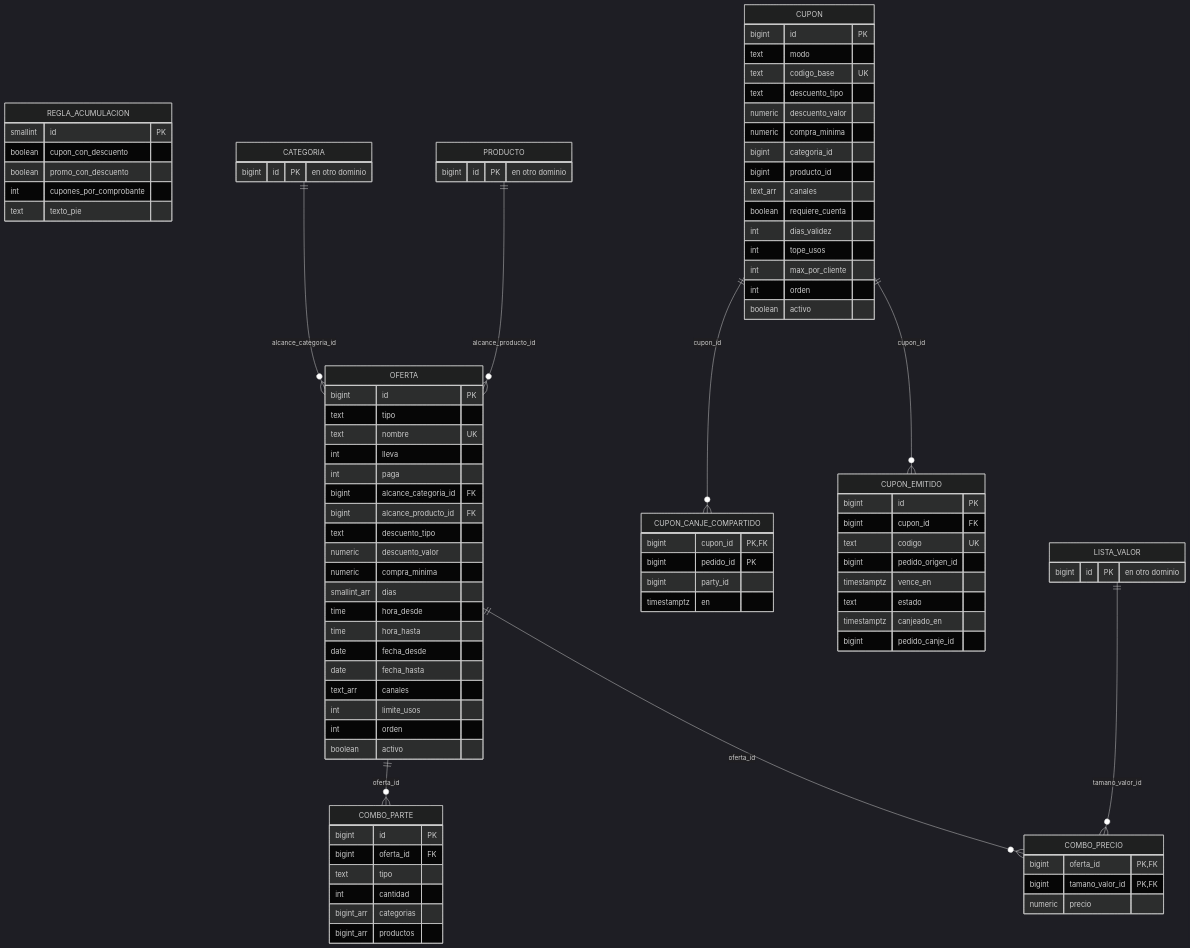
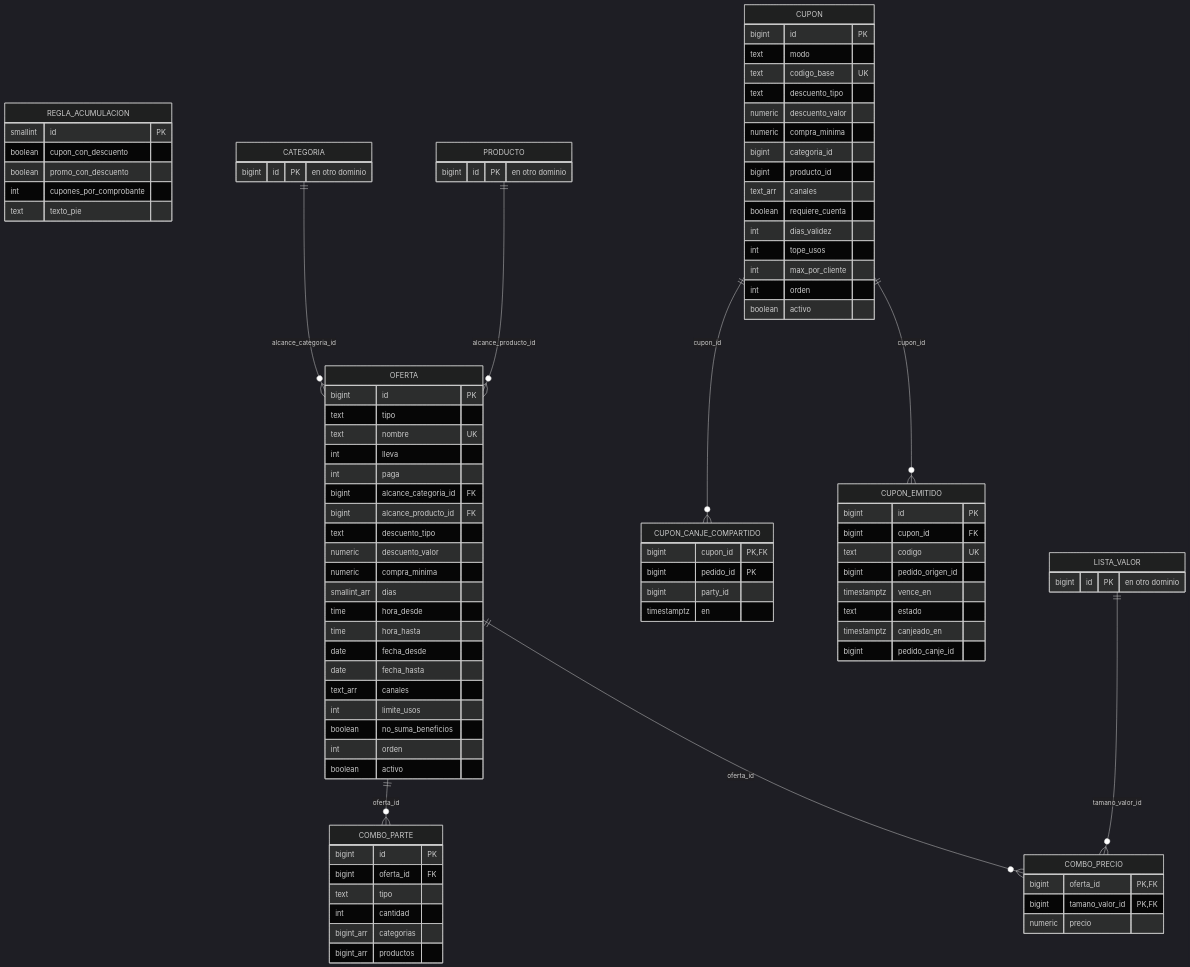
The diagram in docs/datos/er/05-ofertas.mmd (JoseEM26/caprichos), drawn with Mermaid (dark theme) before and after one commit. The commit also changed 208 other files, not shown here.

```diff
--- a/docs/datos/er/05-ofertas.mmd
+++ b/docs/datos/er/05-ofertas.mmd
@@ -1,91 +1,92 @@
 erDiagram
   OFERTA {
     bigint id PK
     text tipo
     text nombre UK
     int lleva
     int paga
     bigint alcance_categoria_id FK
     bigint alcance_producto_id FK
     text descuento_tipo
     numeric descuento_valor
     numeric compra_minima
     smallint_arr dias
     time hora_desde
     time hora_hasta
     date fecha_desde
     date fecha_hasta
     text_arr canales
     int limite_usos
+    boolean no_suma_beneficios
     int orden
     boolean activo
   }
   COMBO_PRECIO {
     bigint oferta_id PK,FK
     bigint tamano_valor_id PK,FK
     numeric precio
   }
   COMBO_PARTE {
     bigint id PK
     bigint oferta_id FK
     text tipo
     int cantidad
     bigint_arr categorias
     bigint_arr productos
   }
   REGLA_ACUMULACION {
     smallint id PK
     boolean cupon_con_descuento
     boolean promo_con_descuento
     int cupones_por_comprobante
     text texto_pie
   }
   CUPON {
     bigint id PK
     text modo
     text codigo_base UK
     text descuento_tipo
     numeric descuento_valor
     numeric compra_minima
     bigint categoria_id
     bigint producto_id
     text_arr canales
     boolean requiere_cuenta
     int dias_validez
     int tope_usos
     int max_por_cliente
     int orden
     boolean activo
   }
   CUPON_EMITIDO {
     bigint id PK
     bigint cupon_id FK
     text codigo UK
     bigint pedido_origen_id
     timestamptz vence_en
     text estado
     timestamptz canjeado_en
     bigint pedido_canje_id
   }
   CUPON_CANJE_COMPARTIDO {
     bigint cupon_id PK,FK
     bigint pedido_id PK
     bigint party_id
     timestamptz en
   }
   CATEGORIA {
     bigint id PK "en otro dominio"
   }
   LISTA_VALOR {
     bigint id PK "en otro dominio"
   }
   PRODUCTO {
     bigint id PK "en otro dominio"
   }
   CATEGORIA ||--o{ OFERTA : "alcance_categoria_id"
   CUPON ||--o{ CUPON_CANJE_COMPARTIDO : "cupon_id"
   CUPON ||--o{ CUPON_EMITIDO : "cupon_id"
   LISTA_VALOR ||--o{ COMBO_PRECIO : "tamano_valor_id"
   OFERTA ||--o{ COMBO_PARTE : "oferta_id"
   OFERTA ||--o{ COMBO_PRECIO : "oferta_id"
   PRODUCTO ||--o{ OFERTA : "alcance_producto_id"
```
